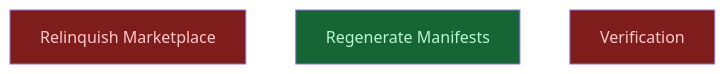
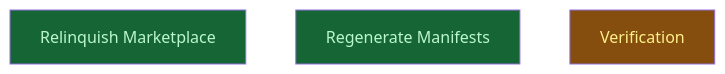
The diagram in __roadmap__/nest_migration/README.md (CrackingShells/colgrep-mcp), drawn with Mermaid before and after one commit. The commit also changed other lines of this file, not shown here.

Commit message:
chore(roadmap): close level 0 and open verification
Both root leaves are done: the manifests carry the Codex extensions shape and
this repository no longer declares a marketplace. `verify/` opens, but
`install_check` stays planned until the work reaches `main` on the remote —
Nest resolves colgrep-mcp by git source against its default branch, so an
install cannot see an unpushed campaign branch.

````diff
--- a/__roadmap__/nest_migration/README.md
+++ b/__roadmap__/nest_migration/README.md
@@ -33,11 +33,11 @@
 ```mermaid
 graph TD
-    relinquish_marketplace[Relinquish Marketplace]:::blocked
+    relinquish_marketplace[Relinquish Marketplace]:::done
     regenerate_manifests[Regenerate Manifests]:::done
-    verify[Verification]:::blocked
+    verify[Verification]:::inprogress
     classDef done       fill:#166534,color:#bbf7d0
     classDef inprogress fill:#854d0e,color:#fef08a
     classDef planned    fill:#374151,color:#e5e7eb
     classDef amendment  fill:#1e3a5f,color:#bfdbfe
     classDef blocked    fill:#7f1d1d,color:#fecaca
 ```
````
